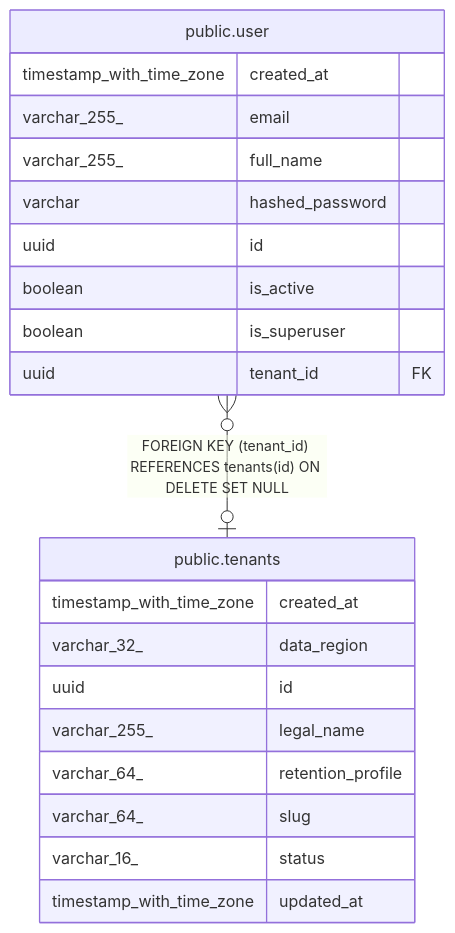
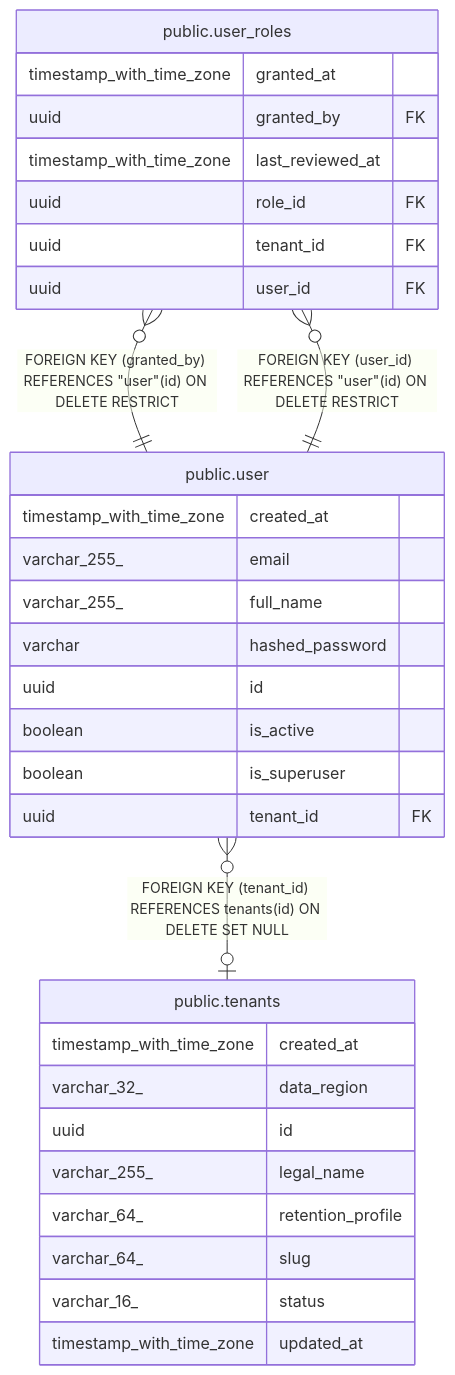
The diagram in docs/reference/schema/public.user.md (irajput215/clinic-os), drawn with Mermaid before and after one commit. The commit also changed other lines of this file and 6 other files, not shown here.

First line of the commit message:
docs(schema): regenerate the diagrams for the RBAC tables

````diff
--- a/docs/reference/schema/public.user.md
+++ b/docs/reference/schema/public.user.md
@@ -38,26 +38,36 @@
 ```mermaid
 erDiagram
 
+"public.user_roles" }o--|| "public.user" : "FOREIGN KEY (granted_by) REFERENCES #quot;user#quot;(id) ON DELETE RESTRICT"
+"public.user_roles" }o--|| "public.user" : "FOREIGN KEY (user_id) REFERENCES #quot;user#quot;(id) ON DELETE RESTRICT"
 "public.user" }o--o| "public.tenants" : "FOREIGN KEY (tenant_id) REFERENCES tenants(id) ON DELETE SET NULL"
 
 "public.user" {
   timestamp_with_time_zone created_at
   varchar_255_ email
   varchar_255_ full_name
   varchar hashed_password
   uuid id
   boolean is_active
   boolean is_superuser
   uuid tenant_id FK
 }
+"public.user_roles" {
+  timestamp_with_time_zone granted_at
+  uuid granted_by FK
+  timestamp_with_time_zone last_reviewed_at
+  uuid role_id FK
+  uuid tenant_id FK
+  uuid user_id FK
+}
 "public.tenants" {
   timestamp_with_time_zone created_at
   varchar_32_ data_region
   uuid id
   varchar_255_ legal_name
   varchar_64_ retention_profile
   varchar_64_ slug
   varchar_16_ status
   timestamp_with_time_zone updated_at
 }
 ```
````
